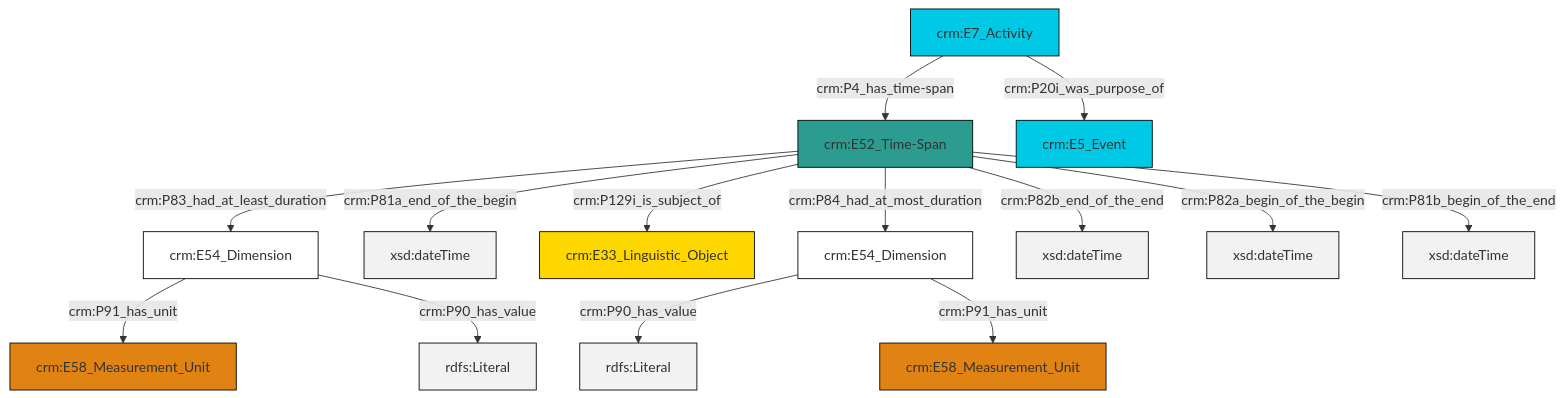
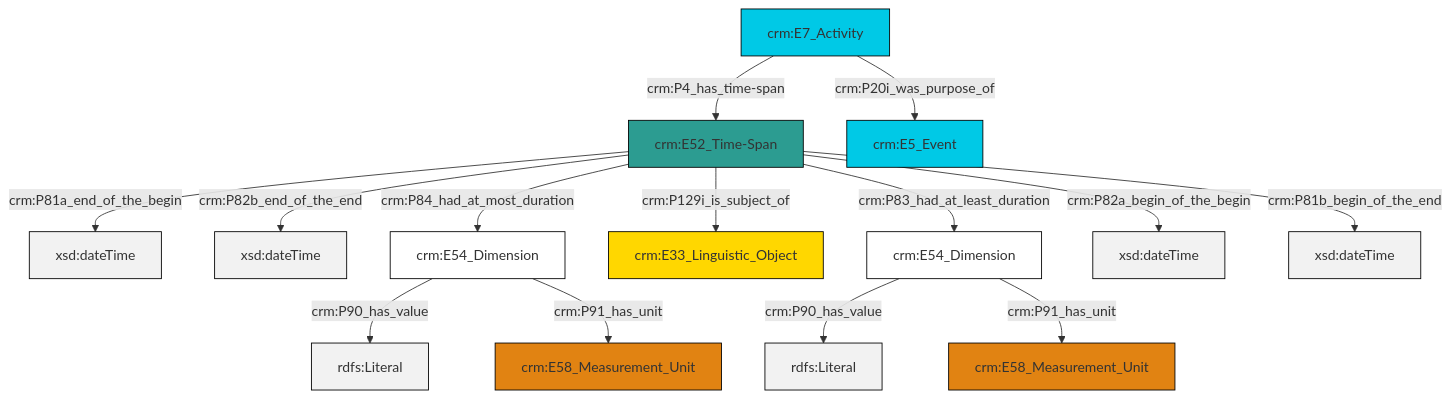
The diagram in et/eventCSV/ttl/mmd/event_existence.ttl.mmd (swiss-art-research-net/reference-data-models), drawn with Mermaid before and after one commit. The commit also changed 125 other files, not shown here.

```diff
--- a/et/eventCSV/ttl/mmd/event_existence.ttl.mmd
+++ b/et/eventCSV/ttl/mmd/event_existence.ttl.mmd
@@ -1,28 +1,28 @@
 graph TD
 classDef Literal fill:#f2f2f2,stroke:#000000;
 classDef CRM_Entity fill:#FFFFFF,stroke:#000000;
 classDef Temporal_Entity fill:#00C9E6, stroke:#000000;
 classDef Type fill:#E18312, stroke:#000000;
 classDef Time-Span fill:#2C9C91, stroke:#000000;
 classDef Appellation fill:#FFEB7F, stroke:#000000;
 classDef Place fill:#008836, stroke:#000000;
 classDef Persistent_Item fill:#B266B2, stroke:#000000;
 classDef Conceptual_Object fill:#FFD700, stroke:#000000;
 classDef Physical_Thing fill:#D2B48C, stroke:#000000;
 classDef Actor fill:#f58aad, stroke:#000000;
 classDef PC_Classes fill:#4ce600, stroke:#000000;
 classDef Multi fill:#cccccc,stroke:#000000;
 
-0["crm:E54_Dimension"]:::CRM_Entity -->|crm:P90_has_value| 1[rdfs:Literal]:::Literal
-4["crm:E52_Time-Span"]:::Time-Span -->|crm:P81a_end_of_the_begin| 5[xsd:dateTime]:::Literal
-4["crm:E52_Time-Span"]:::Time-Span -->|crm:P129i_is_subject_of| 6["crm:E33_Linguistic_Object"]:::Conceptual_Object
-7["crm:E54_Dimension"]:::CRM_Entity -->|crm:P91_has_unit| 8["crm:E58_Measurement_Unit"]:::Type
-4["crm:E52_Time-Span"]:::Time-Span -->|crm:P82b_end_of_the_end| 11[xsd:dateTime]:::Literal
-7["crm:E54_Dimension"]:::CRM_Entity -->|crm:P90_has_value| 12[rdfs:Literal]:::Literal
-4["crm:E52_Time-Span"]:::Time-Span -->|crm:P82a_begin_of_the_begin| 18[xsd:dateTime]:::Literal
-13["crm:E7_Activity"]:::Temporal_Entity -->|crm:P4_has_time-span| 4["crm:E52_Time-Span"]:::Time-Span
-13["crm:E7_Activity"]:::Temporal_Entity -->|crm:P20i_was_purpose_of| 9["crm:E5_Event"]:::Temporal_Entity
-0["crm:E54_Dimension"]:::CRM_Entity -->|crm:P91_has_unit| 2["crm:E58_Measurement_Unit"]:::Type
-4["crm:E52_Time-Span"]:::Time-Span -->|crm:P83_had_at_least_duration| 7["crm:E54_Dimension"]:::CRM_Entity
-4["crm:E52_Time-Span"]:::Time-Span -->|crm:P81b_begin_of_the_end| 20[xsd:dateTime]:::Literal
-4["crm:E52_Time-Span"]:::Time-Span -->|crm:P84_had_at_most_duration| 0["crm:E54_Dimension"]:::CRM_Entity
+0["crm:E52_Time-Span"]:::Time-Span -->|crm:P81a_end_of_the_begin| 1[xsd:dateTime]:::Literal
+0["crm:E52_Time-Span"]:::Time-Span -->|crm:P82b_end_of_the_end| 2[xsd:dateTime]:::Literal
+0["crm:E52_Time-Span"]:::Time-Span -->|crm:P84_had_at_most_duration| 5["crm:E54_Dimension"]:::CRM_Entity
+0["crm:E52_Time-Span"]:::Time-Span -->|crm:P129i_is_subject_of| 11["crm:E33_Linguistic_Object"]:::Conceptual_Object
+3["crm:E7_Activity"]:::Temporal_Entity -->|crm:P20i_was_purpose_of| 9["crm:E5_Event"]:::Temporal_Entity
+5["crm:E54_Dimension"]:::CRM_Entity -->|crm:P90_has_value| 16[rdfs:Literal]:::Literal
+5["crm:E54_Dimension"]:::CRM_Entity -->|crm:P91_has_unit| 17["crm:E58_Measurement_Unit"]:::Type
+3["crm:E7_Activity"]:::Temporal_Entity -->|crm:P4_has_time-span| 0["crm:E52_Time-Span"]:::Time-Span
+13["crm:E54_Dimension"]:::CRM_Entity -->|crm:P90_has_value| 18[rdfs:Literal]:::Literal
+0["crm:E52_Time-Span"]:::Time-Span -->|crm:P83_had_at_least_duration| 13["crm:E54_Dimension"]:::CRM_Entity
+0["crm:E52_Time-Span"]:::Time-Span -->|crm:P82a_begin_of_the_begin| 19[xsd:dateTime]:::Literal
+13["crm:E54_Dimension"]:::CRM_Entity -->|crm:P91_has_unit| 6["crm:E58_Measurement_Unit"]:::Type
+0["crm:E52_Time-Span"]:::Time-Span -->|crm:P81b_begin_of_the_end| 20[xsd:dateTime]:::Literal
```
